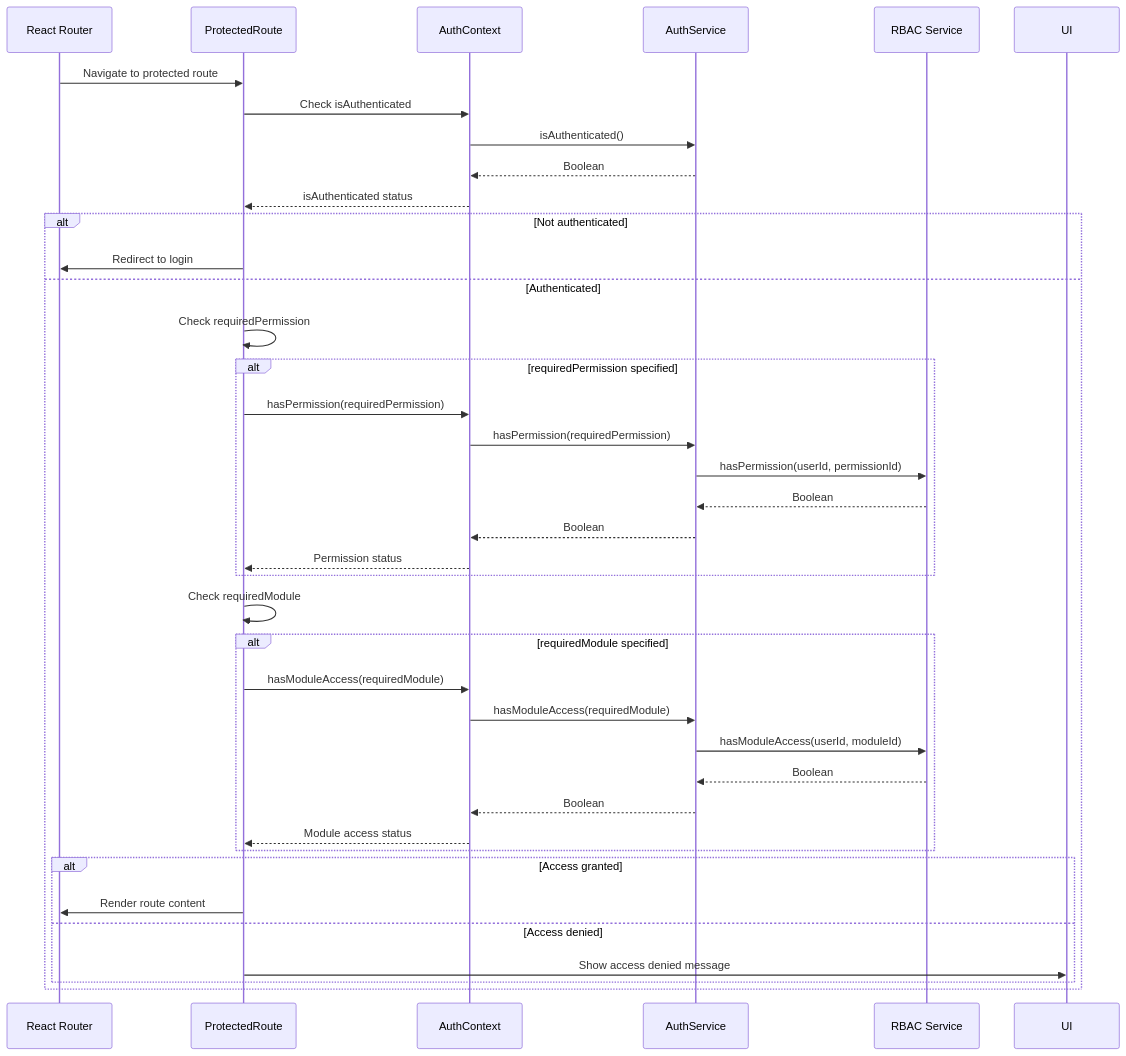
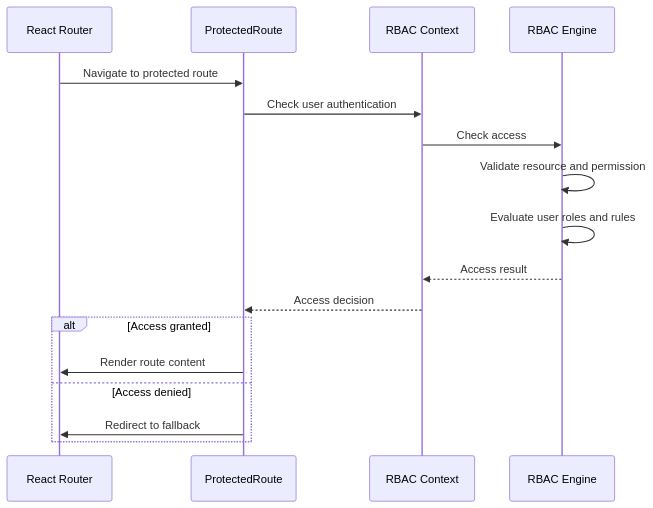
Before and after one commit to geniusdynamics/schoolpilot: the seventh of 9 diagrams in .qoder/repowiki/en/content/Core Systems/Authentication & Authorization/RBAC Architecture.md, drawn with Mermaid. The commit also changed other lines of this file and 760 other files, not shown here.

````diff
--- a/.qoder/repowiki/en/content/Core Systems/Authentication & Authorization/RBAC Architecture.md
+++ b/.qoder/repowiki/en/content/Core Systems/Authentication & Authorization/RBAC Architecture.md
@@ -375,40 +344,19 @@
 ```mermaid
 sequenceDiagram
 participant Router as React Router
 participant ProtectedRoute as ProtectedRoute
-participant AuthContext as AuthContext
-participant AuthService as AuthService
-participant RBACService as RBAC Service
+participant RBACContext as RBAC Context
+participant RBACEngine as RBAC Engine
 Router->>ProtectedRoute : Navigate to protected route
-ProtectedRoute->>AuthContext : Check isAuthenticated
-AuthContext->>AuthService : isAuthenticated()
-AuthService-->>AuthContext : Boolean
-AuthContext-->>ProtectedRoute : isAuthenticated status
-alt Not authenticated
-ProtectedRoute->>Router : Redirect to login
-else Authenticated
-ProtectedRoute->>ProtectedRoute : Check requiredPermission
-alt requiredPermission specified
-ProtectedRoute->>AuthContext : hasPermission(requiredPermission)
-AuthContext->>AuthService : hasPermission(requiredPermission)
-AuthService->>RBACService : hasPermission(userId, permissionId)
-RBACService-->>AuthService : Boolean
-AuthService-->>AuthContext : Boolean
-AuthContext-->>ProtectedRoute : Permission status
-end
-ProtectedRoute->>ProtectedRoute : Check requiredModule
-alt requiredModule specified
-ProtectedRoute->>AuthContext : hasModuleAccess(requiredModule)
-AuthContext->>AuthService : hasModuleAccess(requiredModule)
-AuthService->>RBACService : hasModuleAccess(userId, moduleId)
-RBACService-->>AuthService : Boolean
-AuthService-->>AuthContext : Boolean
-AuthContext-->>ProtectedRoute : Module access status
-end
+ProtectedRoute->>RBACContext : Check user authentication
+RBACContext->>RBACEngine : Check access
+RBACEngine->>RBACEngine : Validate resource and permission
+RBACEngine->>RBACEngine : Evaluate user roles and rules
+RBACEngine-->>RBACContext : Access result
+RBACContext-->>ProtectedRoute : Access decision
 alt Access granted
 ProtectedRoute->>Router : Render route content
 else Access denied
-ProtectedRoute->>UI : Show access denied message
-end
+ProtectedRoute->>Router : Redirect to fallback
 end
 ```
````
